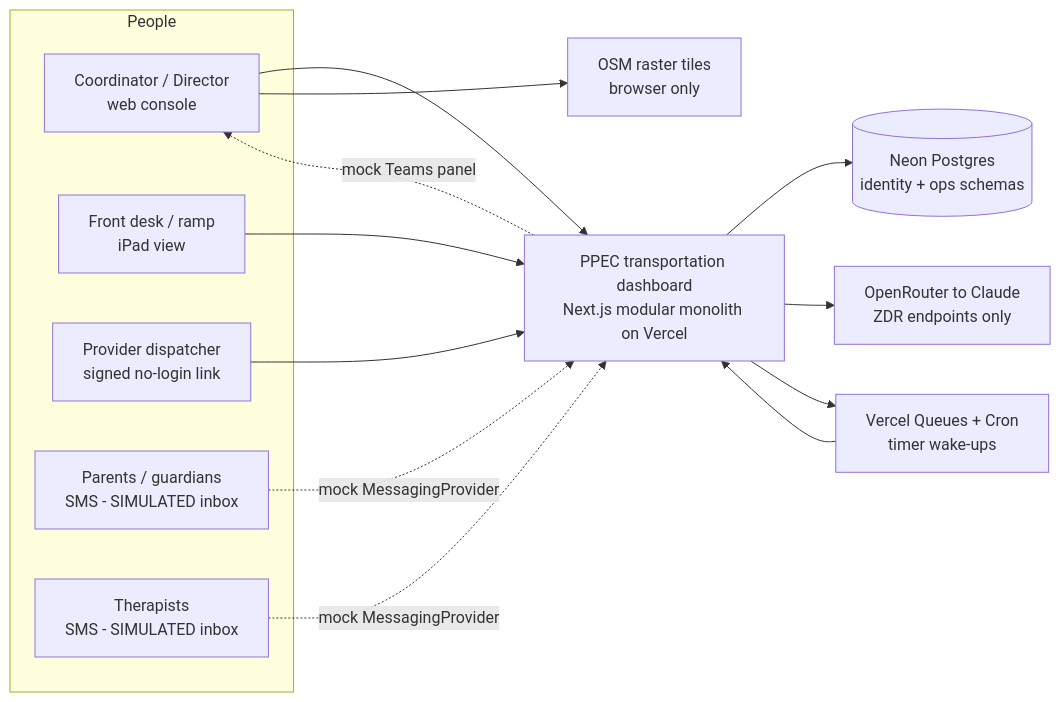
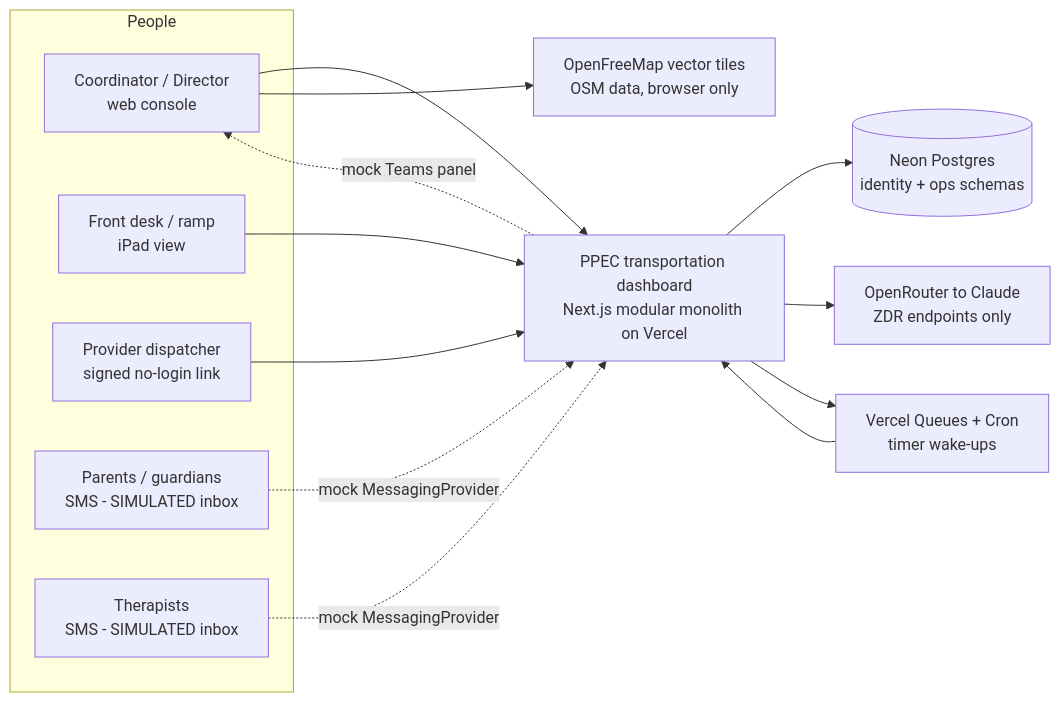
Before and after one commit to firia-ai-agent/ppec-transportation-dashboard: the first of 5 diagrams in docs/ARCHITECTURE.md, drawn with Mermaid. The commit also changed other lines of this file and 18 other files, not shown here.

First line of the commit message:
feat(map): M5 fleet map pane on MapLibre + OpenFreeMap positron

````diff
--- a/docs/ARCHITECTURE.md
+++ b/docs/ARCHITECTURE.md
@@ -30,26 +30,26 @@
 ```mermaid
 flowchart LR
   subgraph People
     COORD["Coordinator / Director<br/>web console"]
     RAMP["Front desk / ramp<br/>iPad view"]
     DISP["Provider dispatcher<br/>signed no-login link"]
     FAM["Parents / guardians<br/>SMS - SIMULATED inbox"]
     THER["Therapists<br/>SMS - SIMULATED inbox"]
   end
   APP["PPEC transportation dashboard<br/>Next.js modular monolith on Vercel"]
   DB[("Neon Postgres<br/>identity + ops schemas")]
   LLM["OpenRouter to Claude<br/>ZDR endpoints only"]
   Q["Vercel Queues + Cron<br/>timer wake-ups"]
-  MAP["OSM raster tiles<br/>browser only"]
+  MAP["OpenFreeMap vector tiles<br/>OSM data, browser only"]
   COORD --> APP
   RAMP --> APP
   DISP --> APP
   FAM -.->|mock MessagingProvider| APP
   THER -.->|mock MessagingProvider| APP
   APP -.->|mock Teams panel| COORD
   APP --> DB
   APP --> LLM
   APP --> Q
   Q --> APP
   COORD --> MAP
 ```
````
